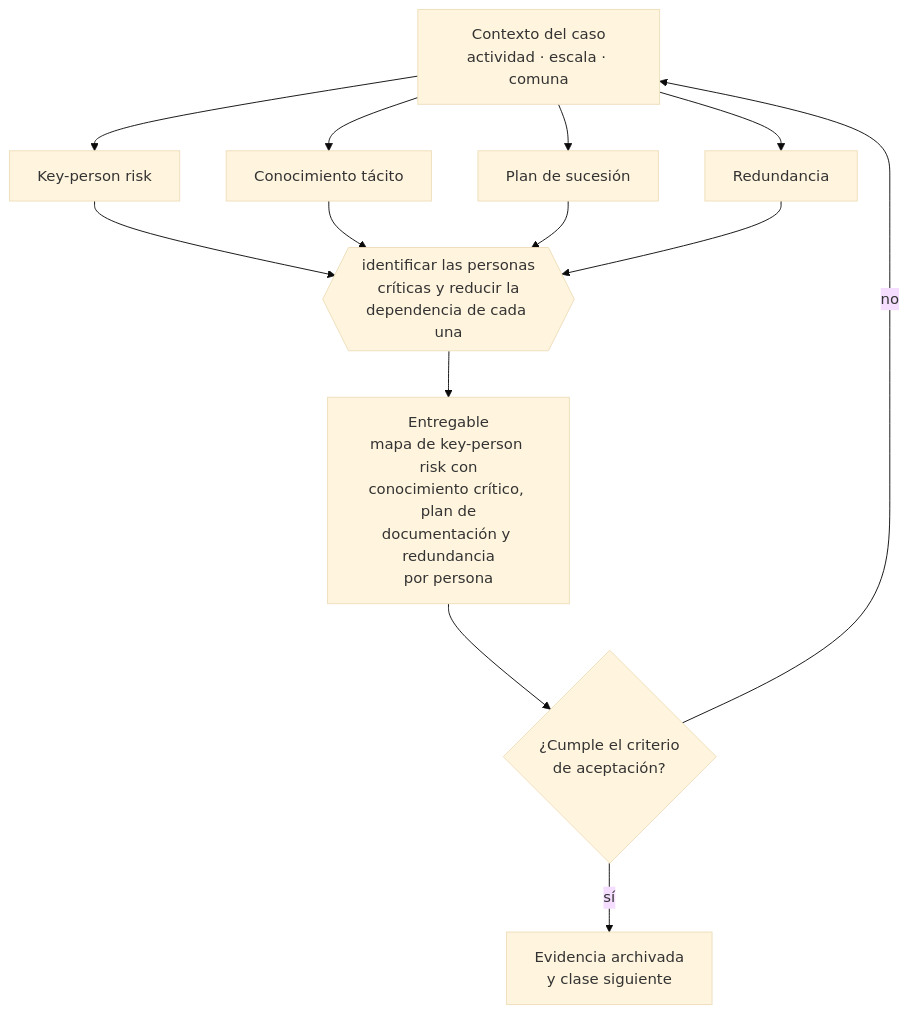
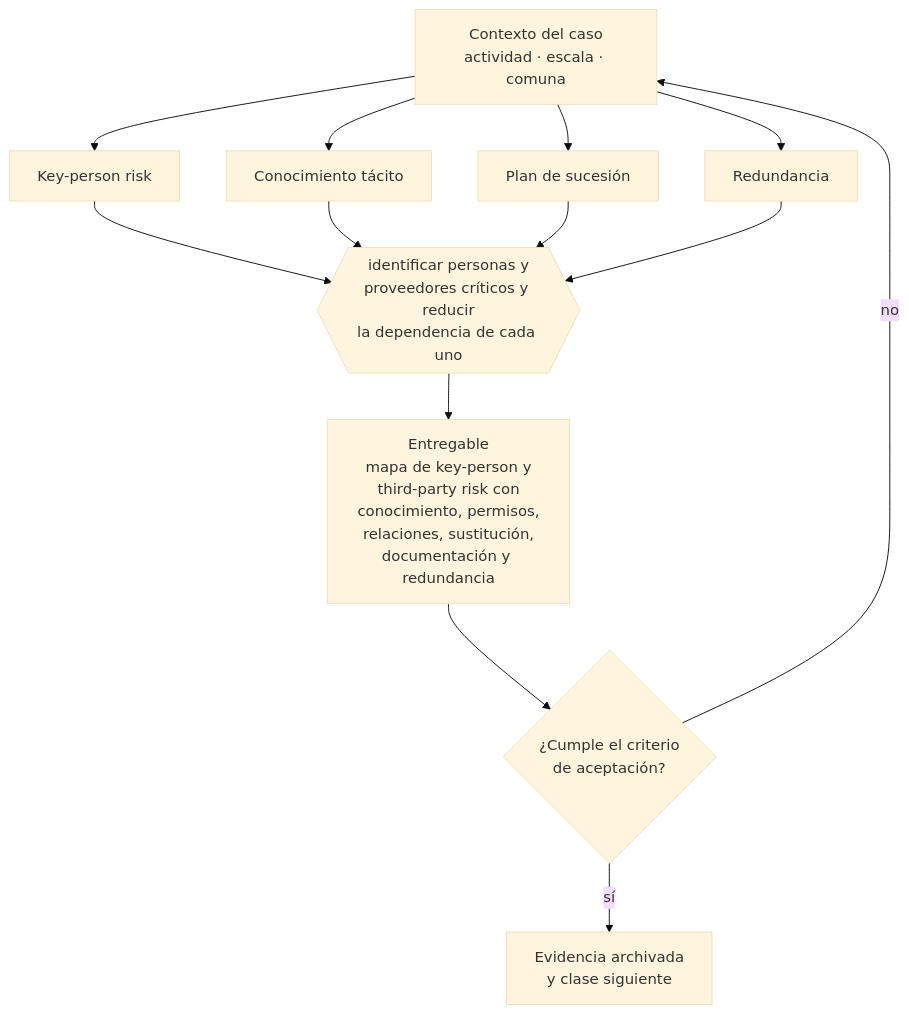
The diagram in curriculum/part-22-venta-sucesion-transformacion-y-cierre/class-02-dependencia-del-fundador-y-key-person-risk/README.md (vladimiracunadev-create/modern-business-creation-program), drawn with Mermaid (base theme) before and after one commit. The commit also changed other lines of this file and 33 other files, not shown here.

````diff
--- a/curriculum/part-22-venta-sucesion-transformacion-y-cierre/class-02-dependencia-del-fundador-y-key-person-risk/README.md
+++ b/curriculum/part-22-venta-sucesion-transformacion-y-cierre/class-02-dependencia-del-fundador-y-key-person-risk/README.md
@@ -34,13 +34,13 @@
 ```mermaid
 flowchart TB
     C["Contexto del caso<br/>actividad · escala · comuna"]
     C --> A1["Key-person risk"]
     C --> A2["Conocimiento tácito"]
     C --> A3["Plan de sucesión"]
     C --> A4["Redundancia"]
-    A1 & A2 & A3 & A4 --> D{{"identificar las personas<br/>críticas y reducir la<br/>dependencia de cada una"}}
-    D --> E["Entregable<br/>mapa de key-person risk con<br/>conocimiento crítico, plan de<br/>documentación y redundancia<br/>por persona"]
+    A1 & A2 & A3 & A4 --> D{{"identificar personas y<br/>proveedores críticos y reducir<br/>la dependencia de cada uno"}}
+    D --> E["Entregable<br/>mapa de key-person y<br/>third-party risk con<br/>conocimiento, permisos,<br/>relaciones, sustitución,<br/>documentación y redundancia"]
     E --> V{"¿Cumple el criterio<br/>de aceptación?"}
     V -->|sí| S["Evidencia archivada<br/>y clase siguiente"]
     V -->|no| C
 ```
````
